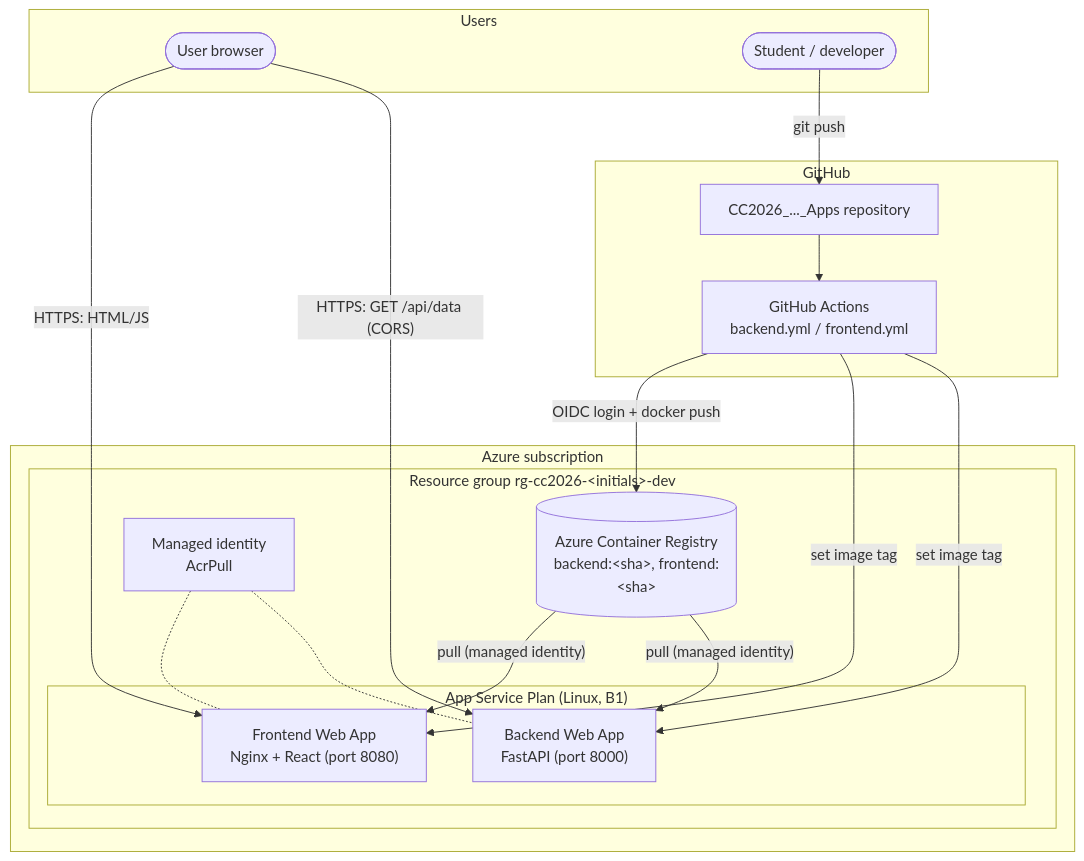
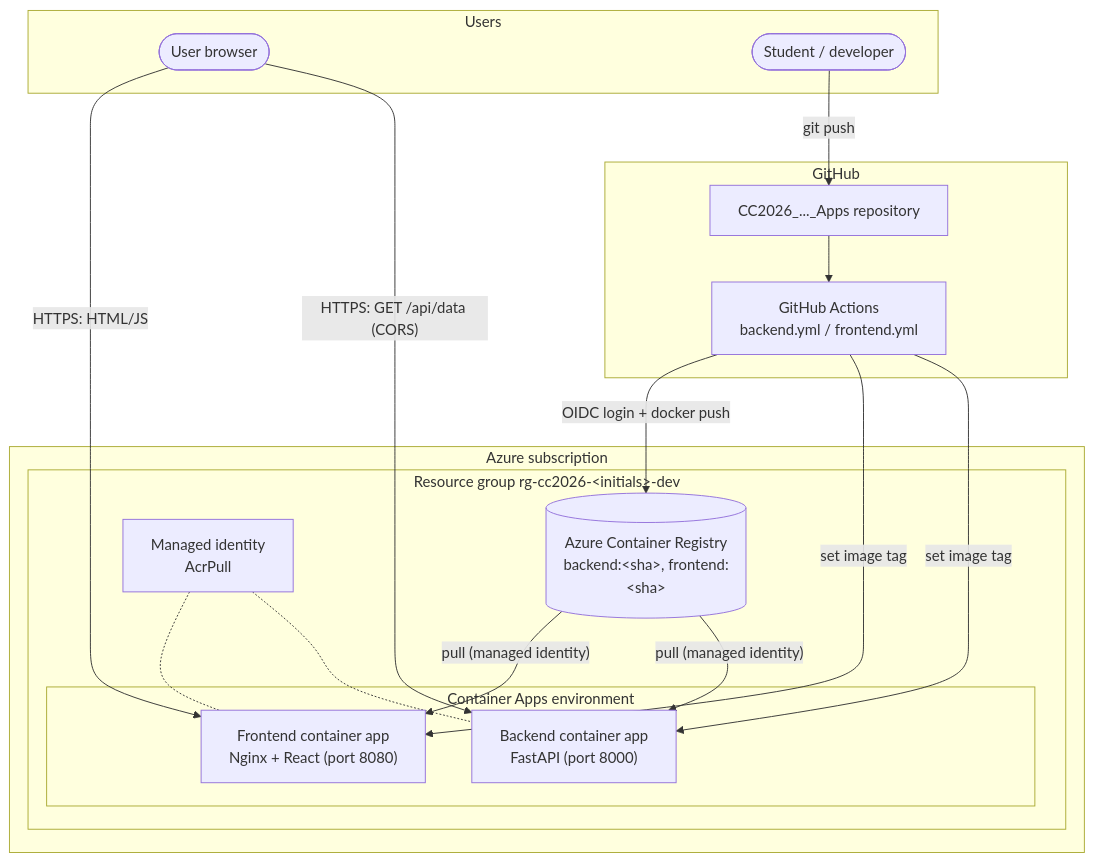
The first of 3 diagrams in docs/architecture.md (agi1clj/CC2026_DS_Applications), drawn with Mermaid before and after one commit. The commit also changed other lines of this file and 10 other files, not shown here.

First line of the commit message:
feat(deploy): deploy to Azure Container Apps or App Service

````diff
--- a/docs/architecture.md
+++ b/docs/architecture.md
@@ -7,31 +7,31 @@
 ```mermaid
 flowchart TB
     subgraph Users
         browser([User browser])
         dev([Student / developer])
     end
 
     subgraph GitHub
         repo[CC2026_..._Apps repository]
         gha[GitHub Actions<br/>backend.yml / frontend.yml]
     end
 
     subgraph Azure["Azure subscription"]
         subgraph rg["Resource group rg-cc2026-&lt;initials&gt;-dev"]
             acr[(Azure Container Registry<br/>backend:&lt;sha&gt;, frontend:&lt;sha&gt;)]
-            subgraph plan["App Service Plan (Linux, B1)"]
-                fe["Frontend Web App<br/>Nginx + React (port 8080)"]
-                be["Backend Web App<br/>FastAPI (port 8000)"]
+            subgraph plan["Container Apps environment"]
+                fe["Frontend container app<br/>Nginx + React (port 8080)"]
+                be["Backend container app<br/>FastAPI (port 8000)"]
             end
             id[Managed identity<br/>AcrPull]
         end
     end
 
     dev -- git push --> repo --> gha
     gha -- "OIDC login + docker push" --> acr
     gha -- "set image tag" --> fe & be
     acr -- "pull (managed identity)" --> fe & be
     id -.- fe & be
     browser -- "HTTPS: HTML/JS" --> fe
     browser -- "HTTPS: GET /api/data (CORS)" --> be
 ```
````
